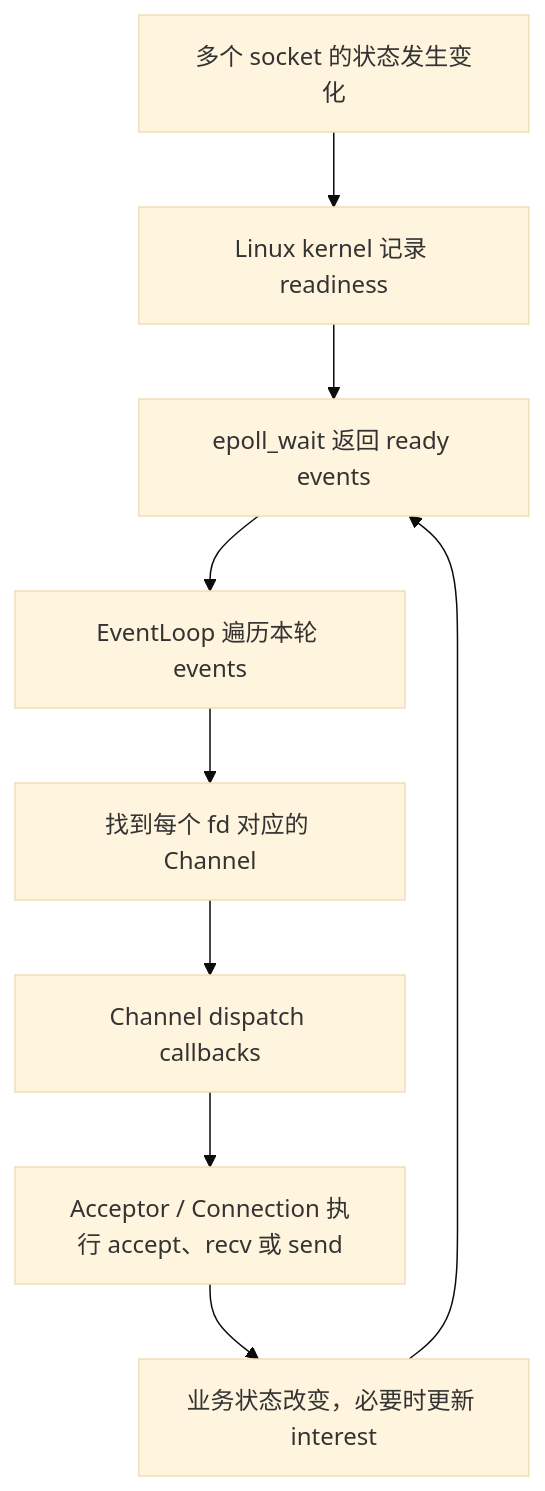
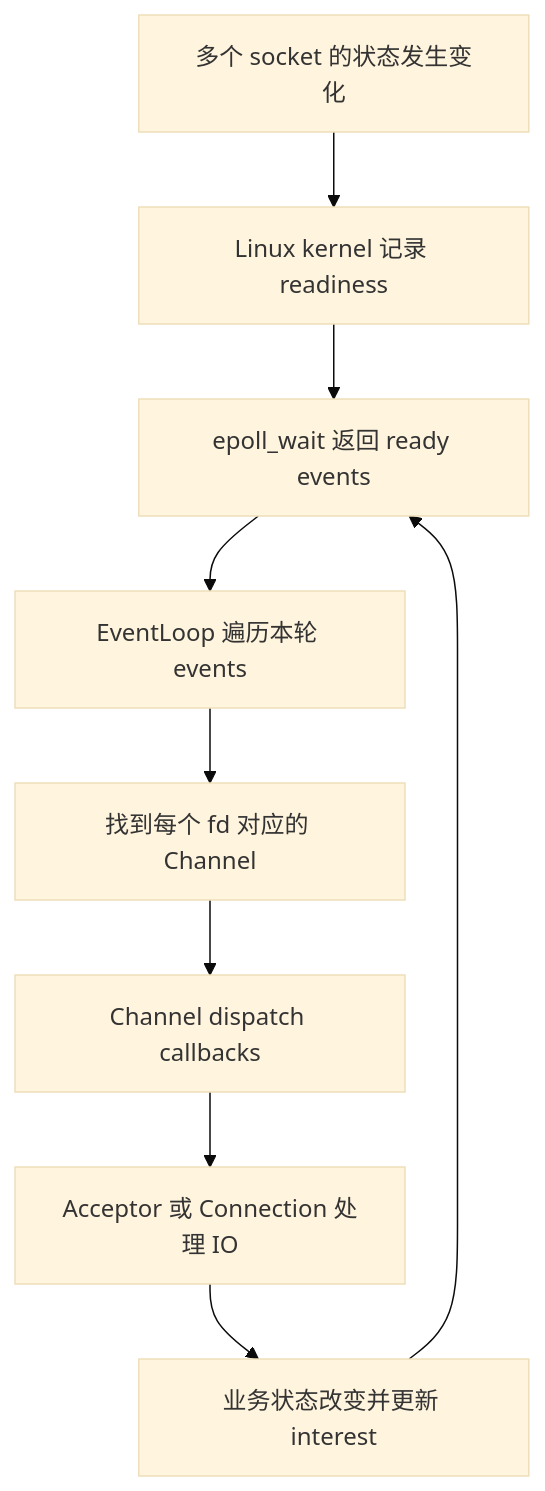
One commit to FxorG00/system-learning-notes changed the first of 4 diagrams in week10/day2/day2.md. Above: the diagram before and after it, drawn with Mermaid (base theme). The commit also changed other lines of this file and 1 other file, not shown here.

Commit message:
Fix Day2 Mermaid compatibility

````diff
--- a/week10/day2/day2.md
+++ b/week10/day2/day2.md
@@ -126,11 +126,11 @@
 ```mermaid
 flowchart TD
-    A[多个 socket 的状态发生变化] --> B[Linux kernel 记录 readiness]
-    B --> C[epoll_wait 返回 ready events]
-    C --> D[EventLoop 遍历本轮 events]
-    D --> E[找到每个 fd 对应的 Channel]
-    E --> F[Channel dispatch callbacks]
-    F --> G[Acceptor / Connection 执行 accept、recv 或 send]
-    G --> H[业务状态改变，必要时更新 interest]
+    A["多个 socket 的状态发生变化"] --> B["Linux kernel 记录 readiness"]
+    B --> C["epoll_wait 返回 ready events"]
+    C --> D["EventLoop 遍历本轮 events"]
+    D --> E["找到每个 fd 对应的 Channel"]
+    E --> F["Channel dispatch callbacks"]
+    F --> G["Acceptor 或 Connection 处理 IO"]
+    G --> H["业务状态改变并更新 interest"]
     H --> C
 ```
````
